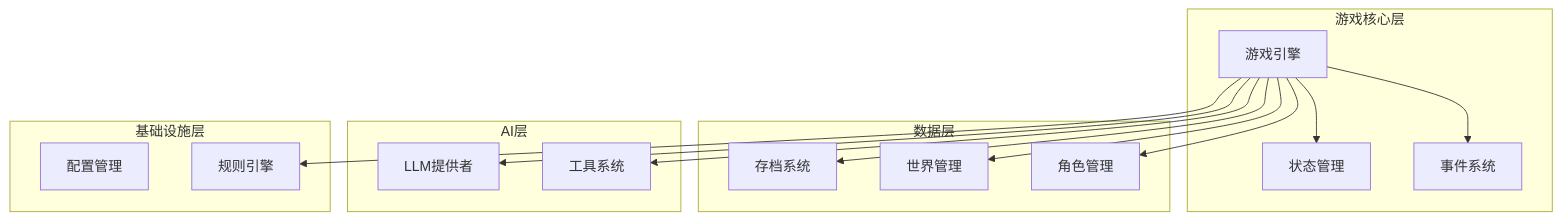
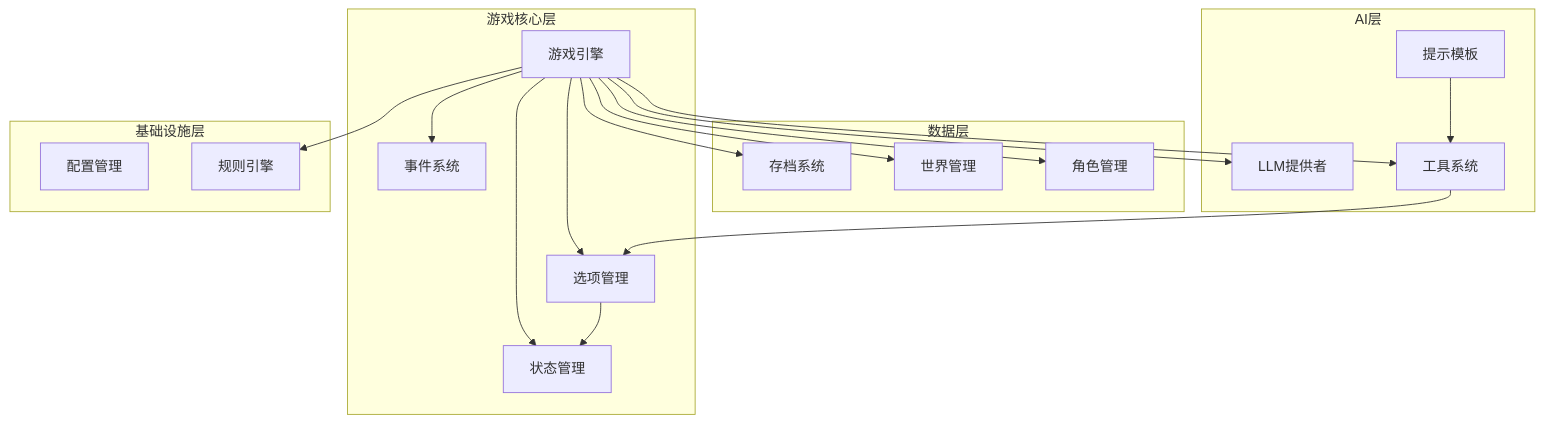
One commit to zwh8800/cdnd changed the first of 9 diagrams in .qoder/repowiki/zh/content/游戏引擎架构/状态管理系统.md. Above: the diagram before and after it, drawn with Mermaid. The commit also changed other lines of this file and 5 other files, not shown here.

````diff
--- a/.qoder/repowiki/zh/content/游戏引擎架构/状态管理系统.md
+++ b/.qoder/repowiki/zh/content/游戏引擎架构/状态管理系统.md
@@ -42,29 +51,35 @@
 ```mermaid
 graph TB
 subgraph "游戏核心层"
 Engine[游戏引擎]
 State[状态管理]
 Events[事件系统]
+Options[选项管理]
 end
 subgraph "数据层"
 Save[存档系统]
 World[世界管理]
 Character[角色管理]
 end
 subgraph "AI层"
 LLM[LLM提供者]
 Tools[工具系统]
+Prompt[提示模板]
 end
 subgraph "基础设施层"
 Config[配置管理]
 Rules[规则引擎]
 end
 Engine --> State
+Engine --> Options
 Engine --> Save
 Engine --> World
 Engine --> Character
 Engine --> LLM
 Engine --> Tools
 Engine --> Events
 Engine --> Rules
+Options --> State
+Tools --> Options
+Prompt --> Tools
 ```
````
